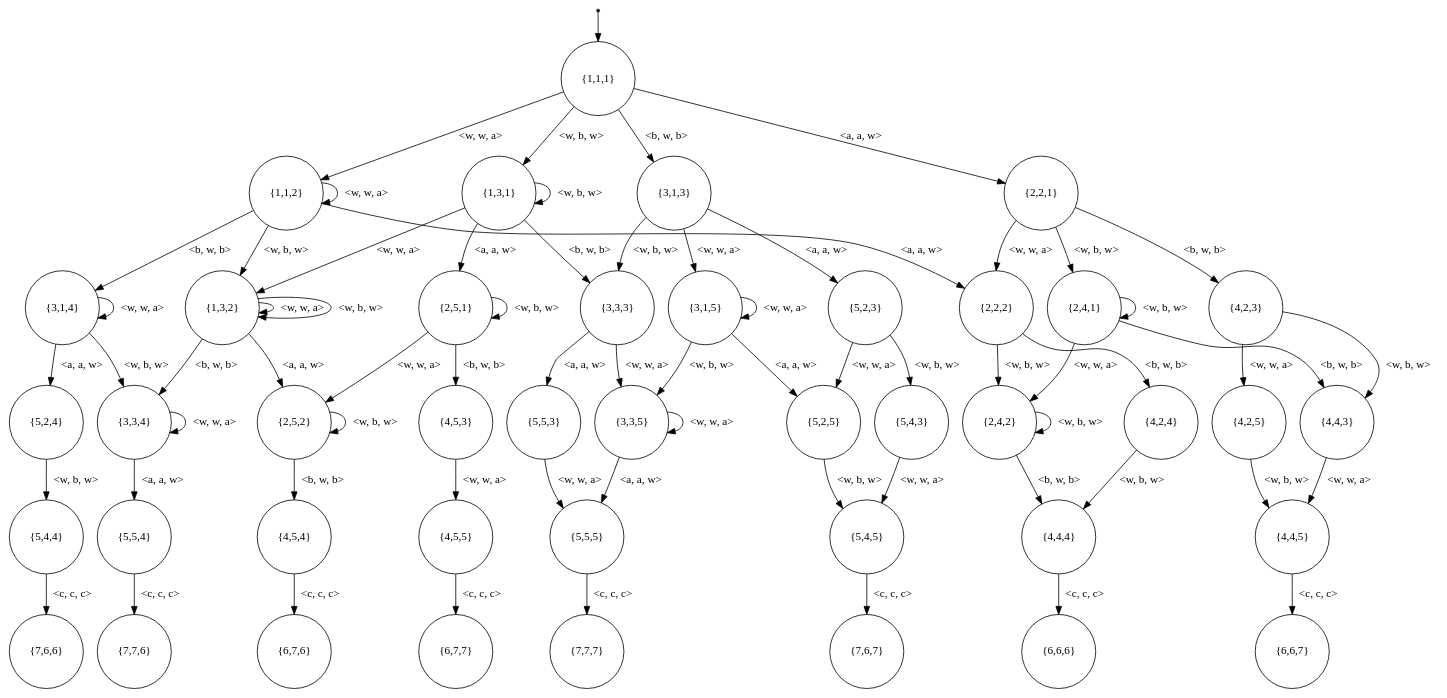
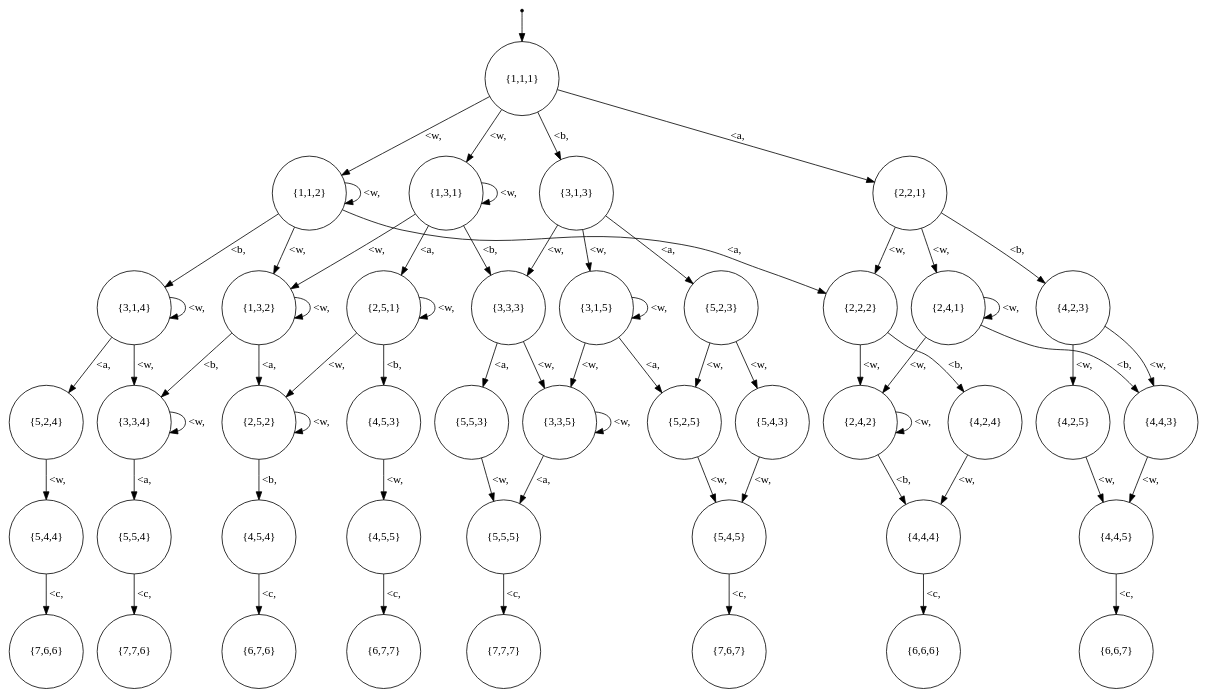
The diagram in dotsource.dot (Reithger/Finite-State-Machine-Model), drawn with Graphviz before and after one commit. The commit also changed 28 other files, not shown here.

```diff
--- a/dotsource.dot
+++ b/dotsource.dot
@@ -1,112 +1,100 @@
 digraph G {
 "{5,4,4}"[shape = circle color = "black"];
 "{1,1,2}"[shape = circle color = "black"];
+"{6,6,7}"[shape = circle color = "black"];
 "{6,7,6}"[shape = circle color = "black"];
-"{6,6,7}"[shape = circle color = "black"];
 "{1,3,2}"[shape = circle color = "black"];
 "{5,5,5}"[shape = circle color = "black"];
+"{5,5,3}"[shape = circle color = "black"];
 "{5,2,4}"[shape = circle color = "black"];
-"{5,5,3}"[shape = circle color = "black"];
 "{4,2,5}"[shape = circle color = "black"];
 "{4,2,3}"[shape = circle color = "black"];
 "{4,4,3}"[shape = circle color = "black"];
 "{4,5,4}"[shape = circle color = "black"];
-"{2,5,1}"[shape = circle color = "black"];
 "{2,4,2}"[shape = circle color = "black"];
 "{4,4,5}"[shape = circle color = "black"];
+"{2,5,1}"[shape = circle color = "black"];
 "{2,2,2}"[shape = circle color = "black"];
 "{3,1,4}"[shape = circle color = "black"];
 "{7,7,6}"[shape = circle color = "black"];
 "{7,6,7}"[shape = circle color = "black"];
 "{3,3,4}"[shape = circle color = "black"];
 "{5,4,5}"[shape = circle color = "black"];
 "{2,5,2}"[shape = circle color = "black"];
 "{1,1,1}"[shape = circle color = "black"];
 "___NEVER_USE_THIS_NAME___{1,1,1}"[fontSize = 1 shape = point]; 
 {"___NEVER_USE_THIS_NAME___{1,1,1}"}->{"{1,1,1}"}; 
 "{1,3,1}"[shape = circle color = "black"];
 "{5,2,3}"[shape = circle color = "black"];
 "{6,7,7}"[shape = circle color = "black"];
 "{5,2,5}"[shape = circle color = "black"];
 "{5,5,4}"[shape = circle color = "black"];
 "{5,4,3}"[shape = circle color = "black"];
 "{6,6,6}"[shape = circle color = "black"];
 "{4,4,4}"[shape = circle color = "black"];
 "{4,2,4}"[shape = circle color = "black"];
 "{4,5,3}"[shape = circle color = "black"];
 "{2,4,1}"[shape = circle color = "black"];
 "{4,5,5}"[shape = circle color = "black"];
 "{2,2,1}"[shape = circle color = "black"];
 "{3,1,3}"[shape = circle color = "black"];
 "{7,6,6}"[shape = circle color = "black"];
 "{7,7,7}"[shape = circle color = "black"];
 "{3,3,5}"[shape = circle color = "black"];
 "{3,3,3}"[shape = circle color = "black"];
 "{3,1,5}"[shape = circle color = "black"];
-"{5,4,4}"->{"{7,6,6}"} [label = "<c, c, c>" color = "black" arrowhead = "normal" ]; 
-"{3,1,5}"->{"{3,1,5}"} [label = "<w, w, a>" color = "black" arrowhead = "normal" ]; 
-"{3,1,5}"->{"{5,2,5}"} [label = "<a, a, w>" color = "black" arrowhead = "normal" ]; 
-"{3,1,5}"->{"{3,3,5}"} [label = "<w, b, w>" color = "black" arrowhead = "normal" ]; 
-"{4,4,4}"->{"{6,6,6}"} [label = "<c, c, c>" color = "black" arrowhead = "normal" ]; 
-"{4,2,3}"->{"{4,2,5}"} [label = "<w, w, a>" color = "black" arrowhead = "normal" ]; 
-"{4,2,3}"->{"{4,4,3}"} [label = "<w, b, w>" color = "black" arrowhead = "normal" ]; 
-"{3,3,5}"->{"{3,3,5}"} [label = "<w, w, a>" color = "black" arrowhead = "normal" ]; 
-"{3,3,5}"->{"{5,5,5}"} [label = "<a, a, w>" color = "black" arrowhead = "normal" ]; 
-"{1,3,1}"->{"{1,3,2}"} [label = "<w, w, a>" color = "black" arrowhead = "normal" ]; 
-"{1,3,1}"->{"{2,5,1}"} [label = "<a, a, w>" color = "black" arrowhead = "normal" ]; 
-"{1,3,1}"->{"{1,3,1}"} [label = "<w, b, w>" color = "black" arrowhead = "normal" ]; 
-"{1,3,1}"->{"{3,3,3}"} [label = "<b, w, b>" color = "black" arrowhead = "normal" ]; 
-"{3,1,3}"->{"{3,1,5}"} [label = "<w, w, a>" color = "black" arrowhead = "normal" ]; 
-"{3,1,3}"->{"{5,2,3}"} [label = "<a, a, w>" color = "black" arrowhead = "normal" ]; 
-"{3,1,3}"->{"{3,3,3}"} [label = "<w, b, w>" color = "black" arrowhead = "normal" ]; 
-"{4,4,5}"->{"{6,6,7}"} [label = "<c, c, c>" color = "black" arrowhead = "normal" ]; 
-"{4,5,3}"->{"{4,5,5}"} [label = "<w, w, a>" color = "black" arrowhead = "normal" ]; 
-"{4,4,3}"->{"{4,4,5}"} [label = "<w, w, a>" color = "black" arrowhead = "normal" ]; 
-"{2,2,2}"->{"{2,4,2}"} [label = "<w, b, w>" color = "black" arrowhead = "normal" ]; 
-"{2,2,2}"->{"{4,2,4}"} [label = "<b, w, b>" color = "black" arrowhead = "normal" ]; 
-"{4,5,5}"->{"{6,7,7}"} [label = "<c, c, c>" color = "black" arrowhead = "normal" ]; 
-"{3,3,4}"->{"{3,3,4}"} [label = "<w, w, a>" color = "black" arrowhead = "normal" ]; 
-"{3,3,4}"->{"{5,5,4}"} [label = "<a, a, w>" color = "black" arrowhead = "normal" ]; 
-"{2,5,2}"->{"{2,5,2}"} [label = "<w, b, w>" color = "black" arrowhead = "normal" ]; 
-"{2,5,2}"->{"{4,5,4}"} [label = "<b, w, b>" color = "black" arrowhead = "normal" ]; 
-"{4,2,5}"->{"{4,4,5}"} [label = "<w, b, w>" color = "black" arrowhead = "normal" ]; 
-"{1,1,1}"->{"{1,1,2}"} [label = "<w, w, a>" color = "black" arrowhead = "normal" ]; 
-"{1,1,1}"->{"{2,2,1}"} [label = "<a, a, w>" color = "black" arrowhead = "normal" ]; 
-"{1,1,1}"->{"{1,3,1}"} [label = "<w, b, w>" color = "black" arrowhead = "normal" ]; 
-"{1,1,1}"->{"{3,1,3}"} [label = "<b, w, b>" color = "black" arrowhead = "normal" ]; 
-"{4,5,4}"->{"{6,7,6}"} [label = "<c, c, c>" color = "black" arrowhead = "normal" ]; 
-"{2,4,1}"->{"{2,4,2}"} [label = "<w, w, a>" color = "black" arrowhead = "normal" ]; 
-"{2,4,1}"->{"{2,4,1}"} [label = "<w, b, w>" color = "black" arrowhead = "normal" ]; 
-"{2,4,1}"->{"{4,4,3}"} [label = "<b, w, b>" color = "black" arrowhead = "normal" ]; 
-"{5,2,5}"->{"{5,4,5}"} [label = "<w, b, w>" color = "black" arrowhead = "normal" ]; 
-"{2,2,1}"->{"{2,2,2}"} [label = "<w, w, a>" color = "black" arrowhead = "normal" ]; 
-"{2,2,1}"->{"{2,4,1}"} [label = "<w, b, w>" color = "black" arrowhead = "normal" ]; 
-"{2,2,1}"->{"{4,2,3}"} [label = "<b, w, b>" color = "black" arrowhead = "normal" ]; 
-"{2,5,1}"->{"{2,5,2}"} [label = "<w, w, a>" color = "black" arrowhead = "normal" ]; 
-"{2,5,1}"->{"{2,5,1}"} [label = "<w, b, w>" color = "black" arrowhead = "normal" ]; 
-"{2,5,1}"->{"{4,5,3}"} [label = "<b, w, b>" color = "black" arrowhead = "normal" ]; 
-"{1,3,2}"->{"{1,3,2}"} [label = "<w, w, a>" color = "black" arrowhead = "normal" ]; 
-"{1,3,2}"->{"{2,5,2}"} [label = "<a, a, w>" color = "black" arrowhead = "normal" ]; 
-"{1,3,2}"->{"{1,3,2}"} [label = "<w, b, w>" color = "black" arrowhead = "normal" ]; 
-"{1,3,2}"->{"{3,3,4}"} [label = "<b, w, b>" color = "black" arrowhead = "normal" ]; 
-"{3,3,3}"->{"{3,3,5}"} [label = "<w, w, a>" color = "black" arrowhead = "normal" ]; 
-"{3,3,3}"->{"{5,5,3}"} [label = "<a, a, w>" color = "black" arrowhead = "normal" ]; 
-"{5,5,4}"->{"{7,7,6}"} [label = "<c, c, c>" color = "black" arrowhead = "normal" ]; 
-"{3,1,4}"->{"{3,1,4}"} [label = "<w, w, a>" color = "black" arrowhead = "normal" ]; 
-"{3,1,4}"->{"{5,2,4}"} [label = "<a, a, w>" color = "black" arrowhead = "normal" ]; 
-"{3,1,4}"->{"{3,3,4}"} [label = "<w, b, w>" color = "black" arrowhead = "normal" ]; 
-"{2,4,2}"->{"{2,4,2}"} [label = "<w, b, w>" color = "black" arrowhead = "normal" ]; 
-"{2,4,2}"->{"{4,4,4}"} [label = "<b, w, b>" color = "black" arrowhead = "normal" ]; 
-"{5,2,4}"->{"{5,4,4}"} [label = "<w, b, w>" color = "black" arrowhead = "normal" ]; 
-"{5,5,5}"->{"{7,7,7}"} [label = "<c, c, c>" color = "black" arrowhead = "normal" ]; 
-"{5,2,3}"->{"{5,2,5}"} [label = "<w, w, a>" color = "black" arrowhead = "normal" ]; 
-"{5,2,3}"->{"{5,4,3}"} [label = "<w, b, w>" color = "black" arrowhead = "normal" ]; 
-"{5,5,3}"->{"{5,5,5}"} [label = "<w, w, a>" color = "black" arrowhead = "normal" ]; 
-"{4,2,4}"->{"{4,4,4}"} [label = "<w, b, w>" color = "black" arrowhead = "normal" ]; 
-"{5,4,3}"->{"{5,4,5}"} [label = "<w, w, a>" color = "black" arrowhead = "normal" ]; 
-"{5,4,5}"->{"{7,6,7}"} [label = "<c, c, c>" color = "black" arrowhead = "normal" ]; 
-"{1,1,2}"->{"{1,1,2}"} [label = "<w, w, a>" color = "black" arrowhead = "normal" ]; 
-"{1,1,2}"->{"{2,2,2}"} [label = "<a, a, w>" color = "black" arrowhead = "normal" ]; 
-"{1,1,2}"->{"{1,3,2}"} [label = "<w, b, w>" color = "black" arrowhead = "normal" ]; 
-"{1,1,2}"->{"{3,1,4}"} [label = "<b, w, b>" color = "black" arrowhead = "normal" ]; 
+"{1,3,2}"->{"{1,3,2}"} [label = "<w," color = "black" arrowhead = "normal" ]; 
+"{1,3,2}"->{"{2,5,2}"} [label = "<a," color = "black" arrowhead = "normal" ]; 
+"{1,3,2}"->{"{3,3,4}"} [label = "<b," color = "black" arrowhead = "normal" ]; 
+"{5,4,4}"->{"{7,6,6}"} [label = "<c," color = "black" arrowhead = "normal" ]; 
+"{1,3,1}"->{"{1,3,2}","{1,3,1}"} [label = "<w," color = "black" arrowhead = "normal" ]; 
+"{1,3,1}"->{"{2,5,1}"} [label = "<a," color = "black" arrowhead = "normal" ]; 
+"{1,3,1}"->{"{3,3,3}"} [label = "<b," color = "black" arrowhead = "normal" ]; 
+"{5,4,3}"->{"{5,4,5}"} [label = "<w," color = "black" arrowhead = "normal" ]; 
+"{2,4,1}"->{"{2,4,2}","{2,4,1}"} [label = "<w," color = "black" arrowhead = "normal" ]; 
+"{2,4,1}"->{"{4,4,3}"} [label = "<b," color = "black" arrowhead = "normal" ]; 
+"{4,4,4}"->{"{6,6,6}"} [label = "<c," color = "black" arrowhead = "normal" ]; 
+"{2,4,2}"->{"{2,4,2}"} [label = "<w," color = "black" arrowhead = "normal" ]; 
+"{2,4,2}"->{"{4,4,4}"} [label = "<b," color = "black" arrowhead = "normal" ]; 
+"{1,1,2}"->{"{1,1,2}","{1,3,2}"} [label = "<w," color = "black" arrowhead = "normal" ]; 
+"{1,1,2}"->{"{2,2,2}"} [label = "<a," color = "black" arrowhead = "normal" ]; 
+"{1,1,2}"->{"{3,1,4}"} [label = "<b," color = "black" arrowhead = "normal" ]; 
+"{4,5,3}"->{"{4,5,5}"} [label = "<w," color = "black" arrowhead = "normal" ]; 
+"{3,1,4}"->{"{3,1,4}","{3,3,4}"} [label = "<w," color = "black" arrowhead = "normal" ]; 
+"{3,1,4}"->{"{5,2,4}"} [label = "<a," color = "black" arrowhead = "normal" ]; 
+"{5,5,3}"->{"{5,5,5}"} [label = "<w," color = "black" arrowhead = "normal" ]; 
+"{5,5,5}"->{"{7,7,7}"} [label = "<c," color = "black" arrowhead = "normal" ]; 
+"{3,3,5}"->{"{3,3,5}"} [label = "<w," color = "black" arrowhead = "normal" ]; 
+"{3,3,5}"->{"{5,5,5}"} [label = "<a," color = "black" arrowhead = "normal" ]; 
+"{4,2,3}"->{"{4,2,5}","{4,4,3}"} [label = "<w," color = "black" arrowhead = "normal" ]; 
+"{3,1,5}"->{"{3,1,5}","{3,3,5}"} [label = "<w," color = "black" arrowhead = "normal" ]; 
+"{3,1,5}"->{"{5,2,5}"} [label = "<a," color = "black" arrowhead = "normal" ]; 
+"{3,3,4}"->{"{3,3,4}"} [label = "<w," color = "black" arrowhead = "normal" ]; 
+"{3,3,4}"->{"{5,5,4}"} [label = "<a," color = "black" arrowhead = "normal" ]; 
+"{4,5,5}"->{"{6,7,7}"} [label = "<c," color = "black" arrowhead = "normal" ]; 
+"{1,1,1}"->{"{1,1,2}","{1,3,1}"} [label = "<w," color = "black" arrowhead = "normal" ]; 
+"{1,1,1}"->{"{2,2,1}"} [label = "<a," color = "black" arrowhead = "normal" ]; 
+"{1,1,1}"->{"{3,1,3}"} [label = "<b," color = "black" arrowhead = "normal" ]; 
+"{3,3,3}"->{"{3,3,5}"} [label = "<w," color = "black" arrowhead = "normal" ]; 
+"{3,3,3}"->{"{5,5,3}"} [label = "<a," color = "black" arrowhead = "normal" ]; 
+"{2,2,1}"->{"{2,2,2}","{2,4,1}"} [label = "<w," color = "black" arrowhead = "normal" ]; 
+"{2,2,1}"->{"{4,2,3}"} [label = "<b," color = "black" arrowhead = "normal" ]; 
+"{4,2,4}"->{"{4,4,4}"} [label = "<w," color = "black" arrowhead = "normal" ]; 
+"{5,2,4}"->{"{5,4,4}"} [label = "<w," color = "black" arrowhead = "normal" ]; 
+"{5,2,5}"->{"{5,4,5}"} [label = "<w," color = "black" arrowhead = "normal" ]; 
+"{5,2,3}"->{"{5,2,5}","{5,4,3}"} [label = "<w," color = "black" arrowhead = "normal" ]; 
+"{4,4,5}"->{"{6,6,7}"} [label = "<c," color = "black" arrowhead = "normal" ]; 
+"{5,4,5}"->{"{7,6,7}"} [label = "<c," color = "black" arrowhead = "normal" ]; 
+"{3,1,3}"->{"{3,1,5}","{3,3,3}"} [label = "<w," color = "black" arrowhead = "normal" ]; 
+"{3,1,3}"->{"{5,2,3}"} [label = "<a," color = "black" arrowhead = "normal" ]; 
+"{4,4,3}"->{"{4,4,5}"} [label = "<w," color = "black" arrowhead = "normal" ]; 
+"{2,2,2}"->{"{2,4,2}"} [label = "<w," color = "black" arrowhead = "normal" ]; 
+"{2,2,2}"->{"{4,2,4}"} [label = "<b," color = "black" arrowhead = "normal" ]; 
+"{4,5,4}"->{"{6,7,6}"} [label = "<c," color = "black" arrowhead = "normal" ]; 
+"{5,5,4}"->{"{7,7,6}"} [label = "<c," color = "black" arrowhead = "normal" ]; 
+"{4,2,5}"->{"{4,4,5}"} [label = "<w," color = "black" arrowhead = "normal" ]; 
+"{2,5,1}"->{"{2,5,2}","{2,5,1}"} [label = "<w," color = "black" arrowhead = "normal" ]; 
+"{2,5,1}"->{"{4,5,3}"} [label = "<b," color = "black" arrowhead = "normal" ]; 
+"{2,5,2}"->{"{2,5,2}"} [label = "<w," color = "black" arrowhead = "normal" ]; 
+"{2,5,2}"->{"{4,5,4}"} [label = "<b," color = "black" arrowhead = "normal" ]; 
 }
```
